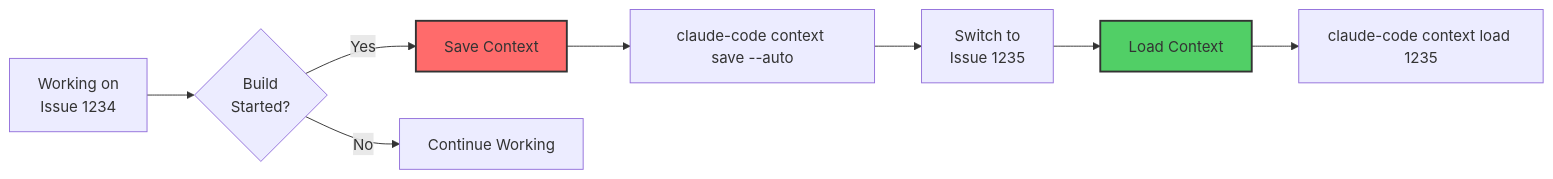
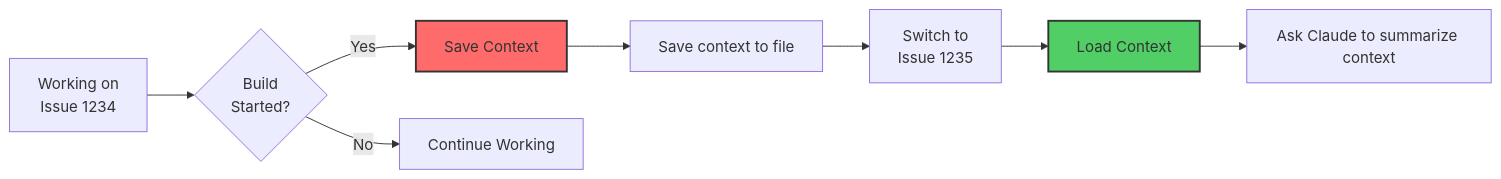
Before and after one commit to sonimscmteam/Docs: the eighth of 11 diagrams in presenter_guide_ai_dev.md, drawn with Mermaid. The commit also changed other lines of this file and 3 other files, not shown here.

````diff
--- a/presenter_guide_ai_dev.md
+++ b/presenter_guide_ai_dev.md
@@ -461,14 +475,14 @@
 ```mermaid
 graph LR
     A[Working on<br/>Issue 1234] --> B{Build<br/>Started?}
     B -->|Yes| C[Save Context]
-    C --> D[claude-code context save --auto]
+    C --> D[Save context to file]
     D --> E[Switch to<br/>Issue 1235]
     E --> F[Load Context]
-    F --> G[claude-code context load 1235]
+    F --> G[Ask Claude to summarize context]
     
     B -->|No| H[Continue Working]
     
     style C fill:#ff6b6b,stroke:#333,stroke-width:2px
     style F fill:#51cf66,stroke:#333,stroke-width:2px
 ```
````
